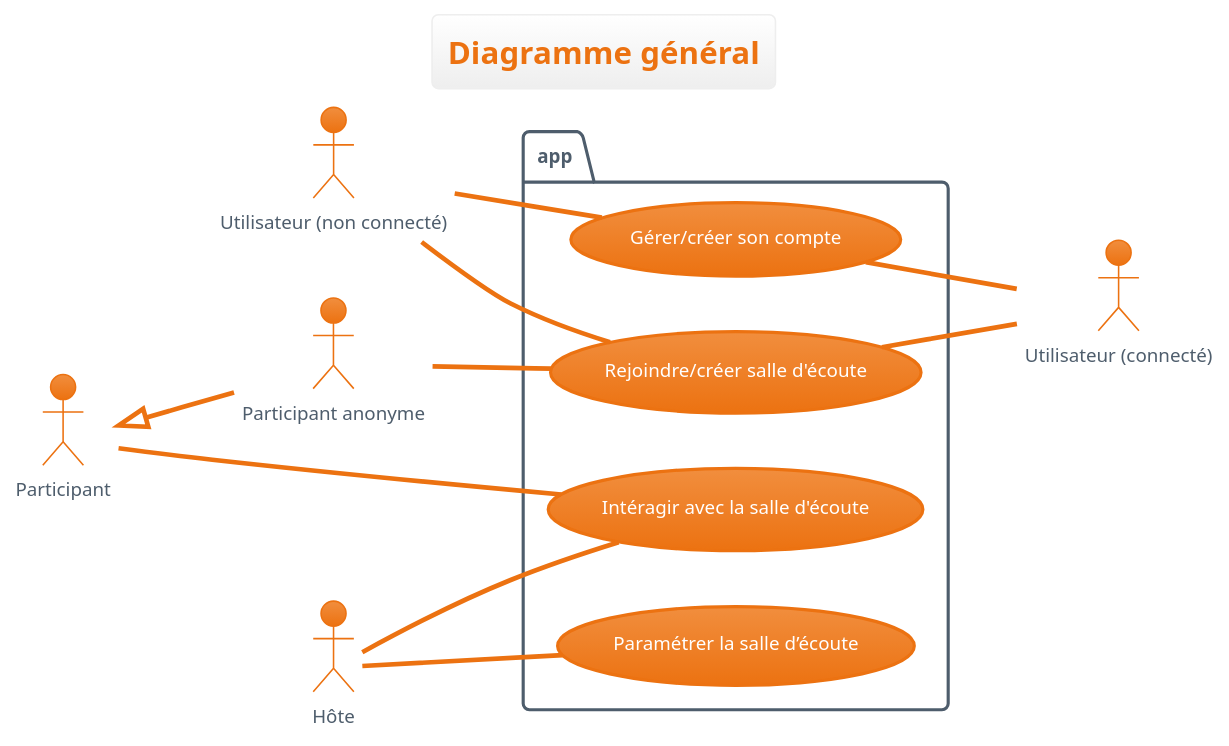
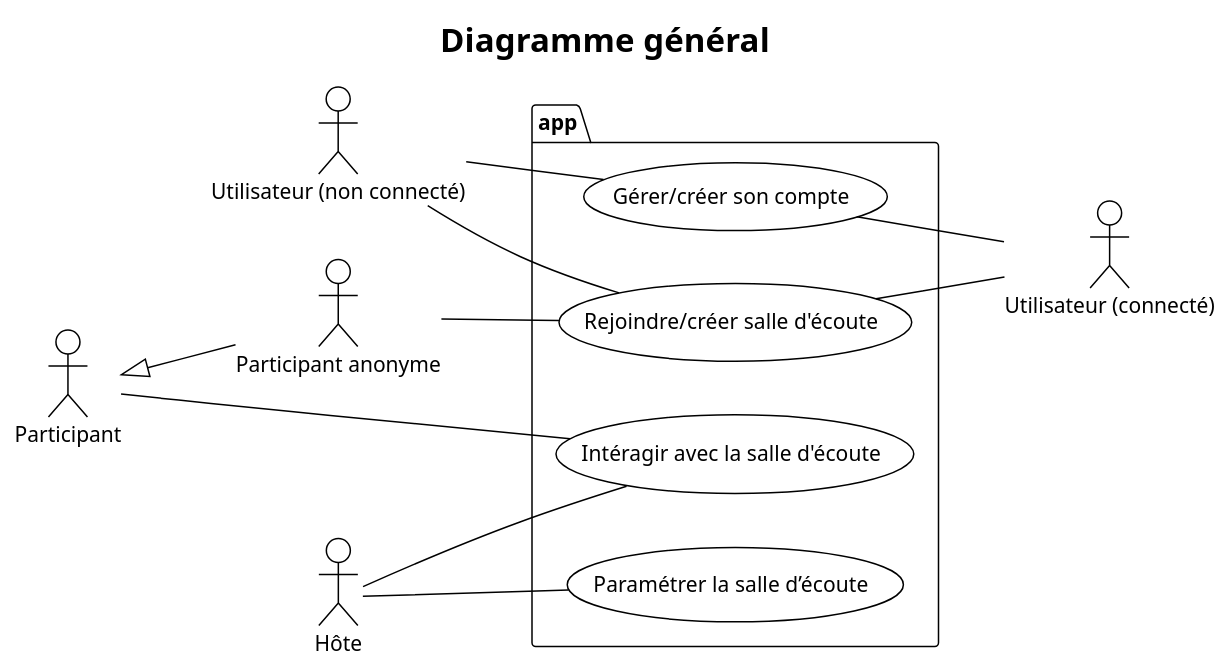
One commit to datsmysong/app changed the diagram in Diagrammes/DiagCUGeneral.puml. Above: the diagram before and after it, drawn with PlantUML. The commit also changed 7 other files, not shown here.

Commit message:
chore: updated theme of diagrams

```diff
--- a/Diagrammes/DiagCUGeneral.puml
+++ b/Diagrammes/DiagCUGeneral.puml
@@ -1,37 +1,37 @@
 @startuml
-!theme aws-orange
+!theme plain
 left to right direction
 
 title Diagramme général
 
 :Utilisateur (non connecté): as UNC
 :Utilisateur (connecté): as UC
 :Participant: as P
 :Participant anonyme: as PA
 :Hôte: as H
 
 package app{
 
   usecase (Rejoindre/créer salle d'écoute) as JOINSALLE
   usecase (Gérer/créer son compte) as ACCOUNT
 
   usecase (Intéragir avec la salle d'écoute) as SALLE
   usecase (Paramétrer la salle d’écoute) as PARAMETER
 
 }
 
 UNC -- JOINSALLE
 UNC -- ACCOUNT
 
 JOINSALLE -- UC
 ACCOUNT -- UC
 
 P <|-- PA
 
 P -- SALLE
 
 PA -- JOINSALLE
 
 H -- PARAMETER
 H -- SALLE
 @enduml
```
